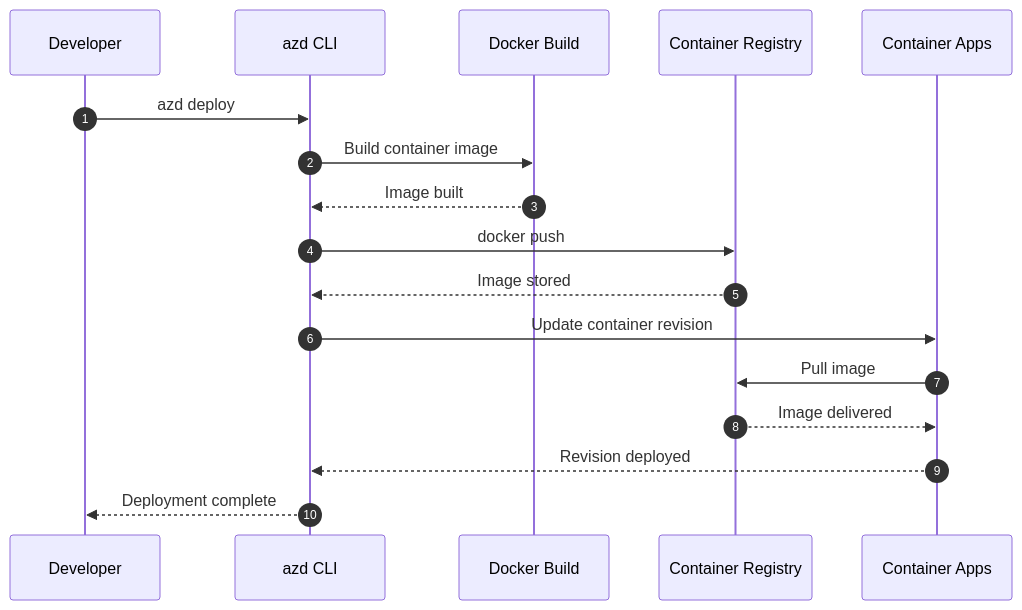
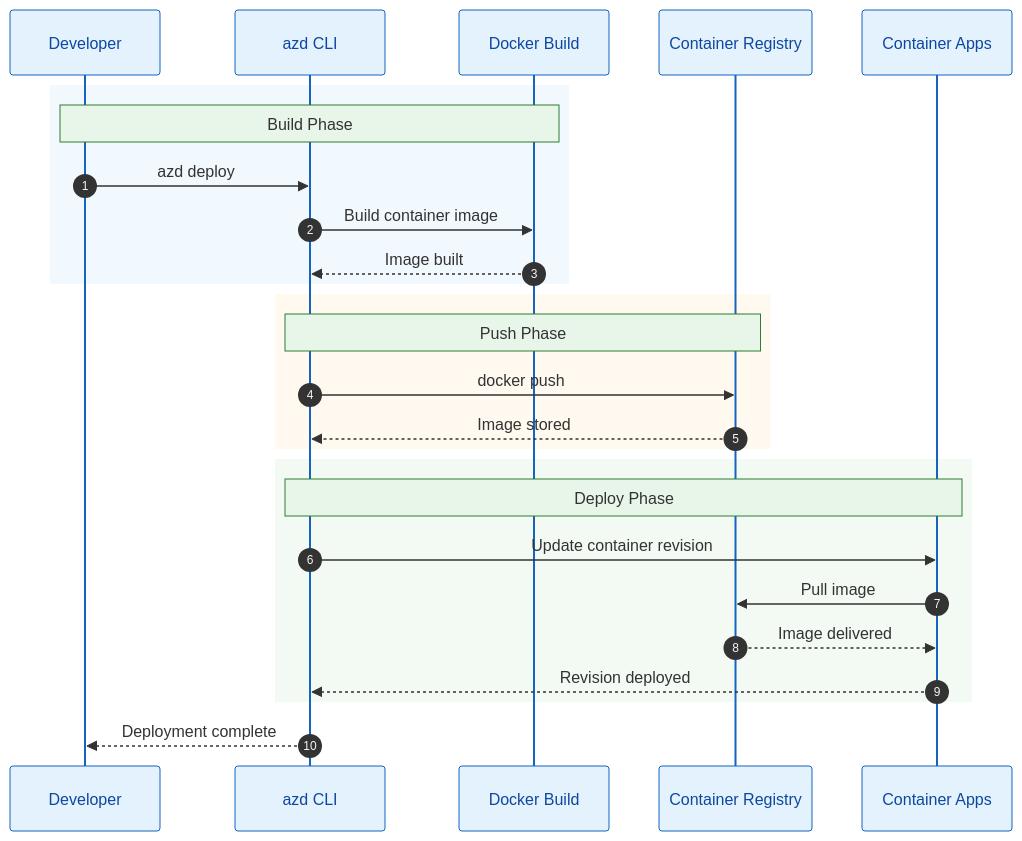
One commit to Evilazaro/Azure-LogicApps-Monitoring changed the second of 4 diagrams in docs/architecture/07-deployment-architecture.md. Above: the diagram before and after it, drawn with Mermaid. The commit also changed other lines of this file, not shown here.

Commit message:
Enhance deployment architecture documentation with improved Mermaid diagram styles and accessibility features

````diff
--- a/docs/architecture/07-deployment-architecture.md
+++ b/docs/architecture/07-deployment-architecture.md
@@ -183,20 +185,33 @@
 ```mermaid
+%%{init: {'theme': 'base', 'themeVariables': { 'fontSize': '14px', 'actorBkg': '#e3f2fd', 'actorBorder': '#1565c0', 'actorTextColor': '#0d47a1', 'noteBkgColor': '#e8f5e9', 'noteBorderColor': '#2e7d32'}}}%%
 sequenceDiagram
     autonumber
     participant Dev as Developer
     participant AZD as azd CLI
     participant Docker as Docker Build
     participant ACR as Container Registry
     participant CA as Container Apps
 
-    Dev->>AZD: azd deploy
-    AZD->>Docker: Build container image
-    Docker-->>AZD: Image built
-    AZD->>ACR: docker push
-    ACR-->>AZD: Image stored
-    AZD->>CA: Update container revision
-    CA->>ACR: Pull image
-    ACR-->>CA: Image delivered
-    CA-->>AZD: Revision deployed
+    rect rgba(227, 242, 253, 0.5)
+        Note over Dev,Docker: Build Phase
+        Dev->>AZD: azd deploy
+        AZD->>Docker: Build container image
+        Docker-->>AZD: Image built
+    end
+
+    rect rgba(255, 243, 224, 0.5)
+        Note over AZD,ACR: Push Phase
+        AZD->>ACR: docker push
+        ACR-->>AZD: Image stored
+    end
+
+    rect rgba(232, 245, 233, 0.5)
+        Note over AZD,CA: Deploy Phase
+        AZD->>CA: Update container revision
+        CA->>ACR: Pull image
+        ACR-->>CA: Image delivered
+        CA-->>AZD: Revision deployed
+    end
+
     AZD-->>Dev: Deployment complete
 ```
````
